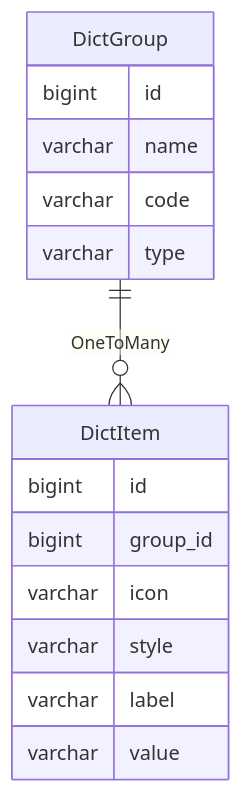
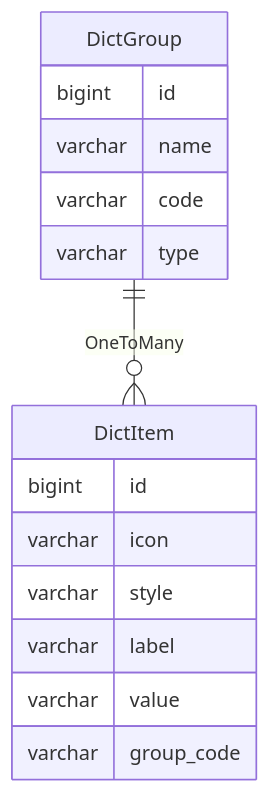
The diagram in docs/develop/3.dict.md (mrzhqiang/rowing), drawn with Mermaid before and after one commit. The commit also changed other lines of this file and 16 other files, not shown here.

````diff
--- a/docs/develop/3.dict.md
+++ b/docs/develop/3.dict.md
@@ -58,18 +58,18 @@
 ```mermaid
 erDiagram
     DictGroup ||--o{ DictItem : OneToMany
     DictGroup {
         bigint id
         varchar name
         varchar code
         varchar type
     }
     DictItem {
         bigint id
-        bigint group_id
         varchar icon
         varchar style
         varchar label
         varchar value
+        varchar group_code
     }
 ```
````
